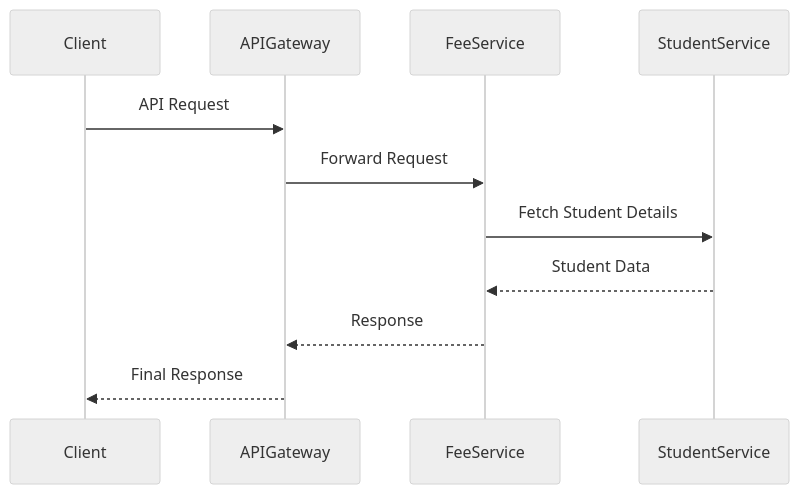
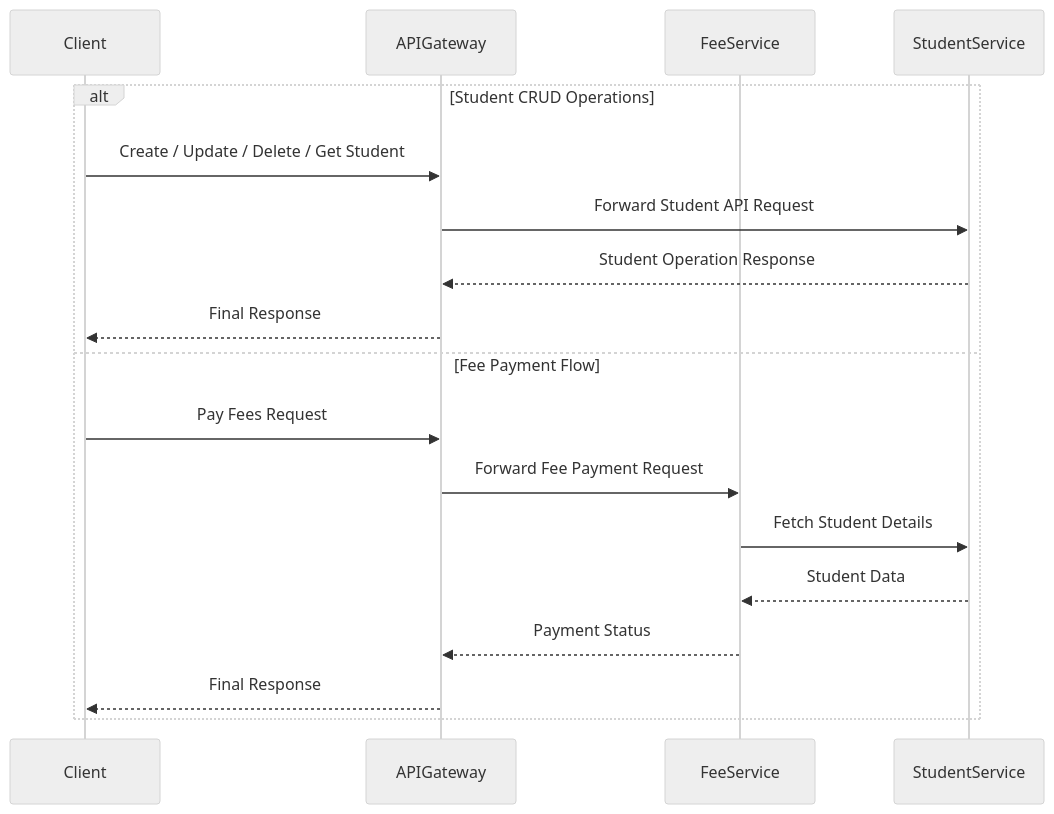
One commit to mithildobarkar/rak-bank-assessment changed the second of 2 diagrams in README.md. Above: the diagram before and after it, drawn with Mermaid (neutral theme).

Commit message:
Update README.md file

````diff
--- a/README.md
+++ b/README.md
@@ -47,14 +47,21 @@
 ```mermaid
 sequenceDiagram
     participant Client
     participant APIGateway
     participant FeeService
     participant StudentService
 
-    Client->>APIGateway: API Request
-    APIGateway->>FeeService: Forward Request
-    FeeService->>StudentService: Fetch Student Details
-    StudentService-->>FeeService: Student Data
-    FeeService-->>APIGateway: Response
-    APIGateway-->>Client: Final Response
+    alt Student CRUD Operations
+        Client->>APIGateway: Create / Update / Delete / Get Student
+        APIGateway->>StudentService: Forward Student API Request
+        StudentService-->>APIGateway: Student Operation Response
+        APIGateway-->>Client: Final Response
+    else Fee Payment Flow
+        Client->>APIGateway: Pay Fees Request
+        APIGateway->>FeeService: Forward Fee Payment Request
+        FeeService->>StudentService: Fetch Student Details
+        StudentService-->>FeeService: Student Data
+        FeeService-->>APIGateway: Payment Status
+        APIGateway-->>Client: Final Response
+    end
 ```
````
